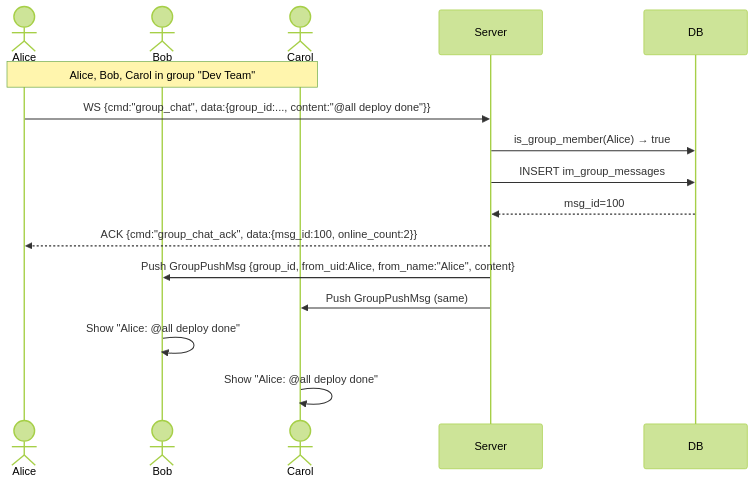
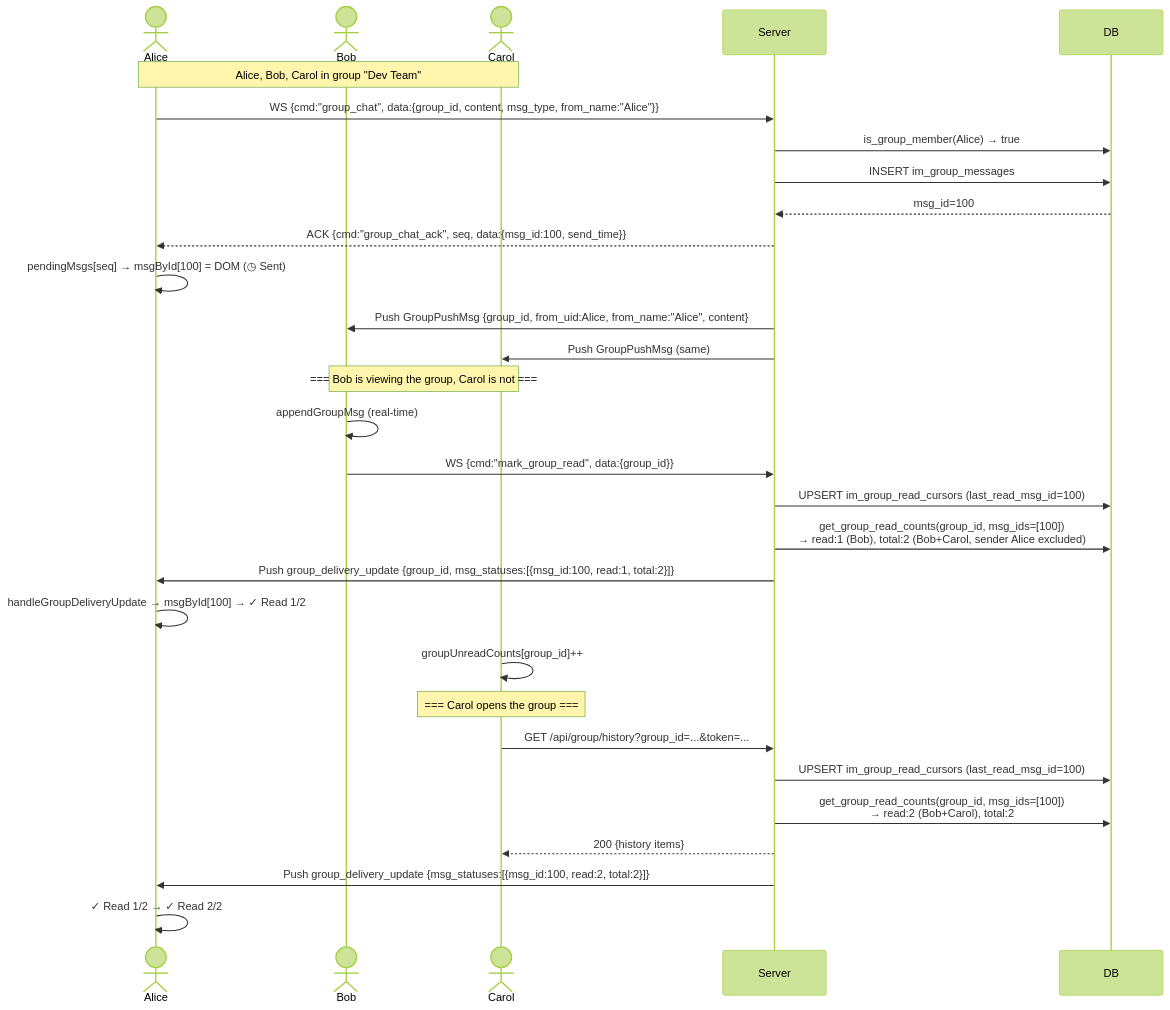
One commit to csmyx/myx-im changed the fourth of 12 diagrams in doc/schema.md. Above: the diagram before and after it, drawn with Mermaid (forest theme). The commit also changed other lines of this file, not shown here.

Commit message:
docs: update group chat flow graph with mark_group_read + state machine

````diff
--- a/doc/schema.md
+++ b/doc/schema.md
@@ -212,19 +215,35 @@
 ```mermaid
 sequenceDiagram
     actor Alice
     actor Bob
     actor Carol
     participant Server
     participant DB
 
     Note over Alice, Carol: Alice, Bob, Carol in group "Dev Team"
-    Alice->>Server: WS {cmd:"group_chat", data:{group_id:..., content:"@all deploy done"}}
+    Alice->>Server: WS {cmd:"group_chat", data:{group_id, content, msg_type, from_name:"Alice"}}
     Server->>DB: is_group_member(Alice) → true
     Server->>DB: INSERT im_group_messages
     DB-->>Server: msg_id=100
-    Server-->>Alice: ACK {cmd:"group_chat_ack", data:{msg_id:100, online_count:2}}
+    Server-->>Alice: ACK {cmd:"group_chat_ack", seq, data:{msg_id:100, send_time}}
+    Alice->>Alice: pendingMsgs[seq] → msgById[100] = DOM (◷ Sent)
     Server->>Bob: Push GroupPushMsg {group_id, from_uid:Alice, from_name:"Alice", content}
     Server->>Carol: Push GroupPushMsg (same)
-    Bob->>Bob: Show "Alice: @all deploy done"
-    Carol->>Carol: Show "Alice: @all deploy done"
+
+    Note over Bob, Carol: === Bob is viewing the group, Carol is not ===
+    Bob->>Bob: appendGroupMsg (real-time)
+    Bob->>Server: WS {cmd:"mark_group_read", data:{group_id}}
+    Server->>DB: UPSERT im_group_read_cursors (last_read_msg_id=100)
+    Server->>DB: get_group_read_counts(group_id, msg_ids=[100])<br/>→ read:1 (Bob), total:2 (Bob+Carol, sender Alice excluded)
+    Server->>Alice: Push group_delivery_update {group_id, msg_statuses:[{msg_id:100, read:1, total:2}]}
+    Alice->>Alice: handleGroupDeliveryUpdate → msgById[100] → ✓ Read 1/2
+    Carol->>Carol: groupUnreadCounts[group_id]++
+
+    Note over Carol: === Carol opens the group ===
+    Carol->>Server: GET /api/group/history?group_id=...&token=...
+    Server->>DB: UPSERT im_group_read_cursors (last_read_msg_id=100)
+    Server->>DB: get_group_read_counts(group_id, msg_ids=[100])<br/>→ read:2 (Bob+Carol), total:2
+    Server-->>Carol: 200 {history items}
+    Server->>Alice: Push group_delivery_update {msg_statuses:[{msg_id:100, read:2, total:2}]}
+    Alice->>Alice: ✓ Read 1/2 → ✓ Read 2/2
 ```
````
